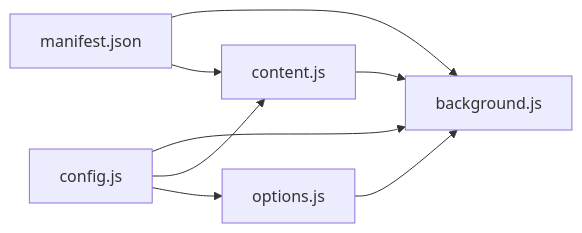
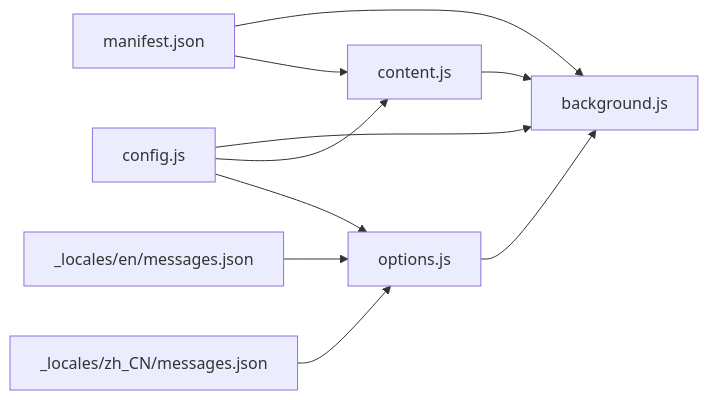
Before and after one commit to binasi/Img2Prompt: the eighth of 8 diagrams in .qoder/repowiki/zh/content/核心功能/核心功能.md, drawn with Mermaid. The commit also changed other lines of this file and 11 other files, not shown here.

````diff
--- a/.qoder/repowiki/zh/content/核心功能/核心功能.md
+++ b/.qoder/repowiki/zh/content/核心功能/核心功能.md
@@ -330,10 +403,12 @@
 ```mermaid
 graph LR
 M["manifest.json"] --> BG["background.js"]
 M --> CT["content.js"]
 C["config.js"] --> BG
 C --> CT
 C --> OJ["options.js"]
 OJ --> BG
 CT --> BG
+EN["_locales/en/messages.json"] --> OJ
+ZH["_locales/zh_CN/messages.json"] --> OJ
 ```
````
